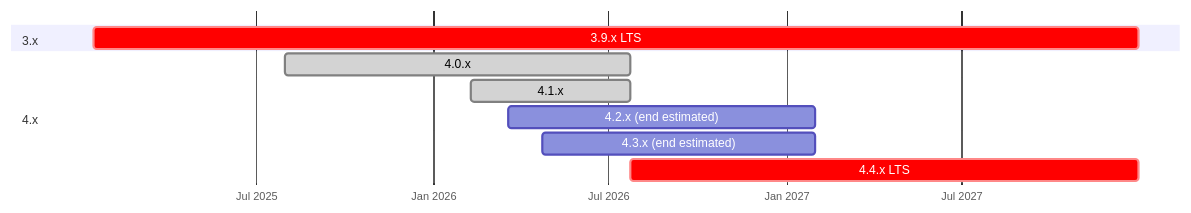
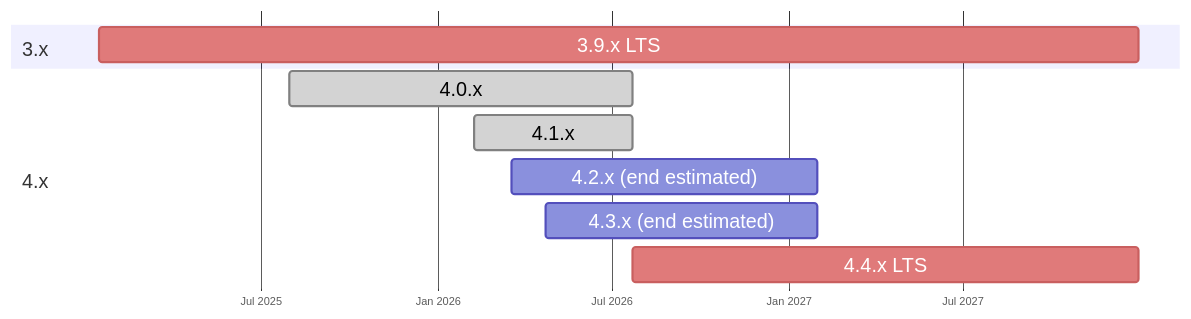
One commit to poweradmin/poweradmin-docs changed the first of 2 diagrams in docs/getting-started/lifecycle.md. Above: the diagram before and after it, drawn with Mermaid. The commit also changed other lines of this file and 3 other files, not shown here.

Commit message:
docs(lifecycle): make the Gantt charts readable on laptop screens and soften the LTS red

````diff
--- a/docs/getting-started/lifecycle.md
+++ b/docs/getting-started/lifecycle.md
@@ -29,17 +29,18 @@
 ```mermaid
+%%{init: {'themeCSS': 'text { font-family: var(--md-mermaid-font-family); } .tick text { font-size: 16px; }', 'gantt': {'fontSize': 18, 'sectionFontSize': 18, 'barHeight': 32, 'barGap': 8, 'leftPadding': 80}, 'themeVariables': {'critBkgColor': '#e07a7a', 'critBorderColor': '#c95f5f'}}}%%
 gantt
     dateFormat YYYY-MM-DD
     axisFormat %b %Y
     tickInterval 6month
     todayMarker on
 
     section 3.x
     3.9.x LTS              :crit, 2025-01-14, 2027-12-31
 
     section 4.x
     4.0.x                  :done, 2025-07-31, 2026-07-23
     4.1.x                  :done, 2026-02-08, 2026-07-23
     4.2.x (end estimated)  :2026-03-19, 2027-01-31
     4.3.x (end estimated)  :2026-04-23, 2027-01-31
     4.4.x LTS              :crit, 2026-07-23, 2027-12-31
 ```
````
